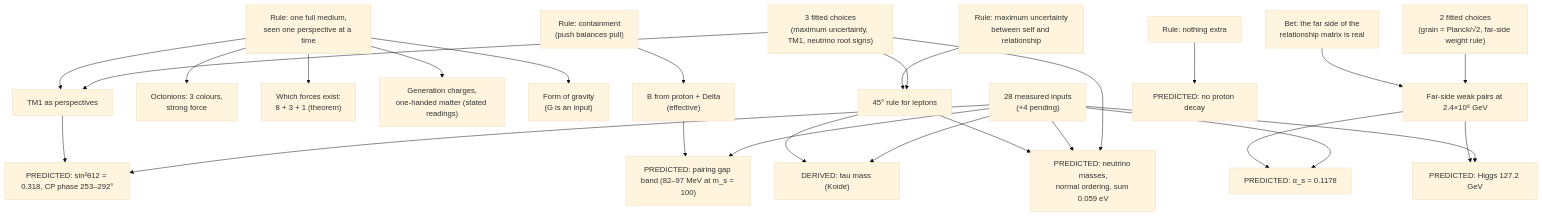
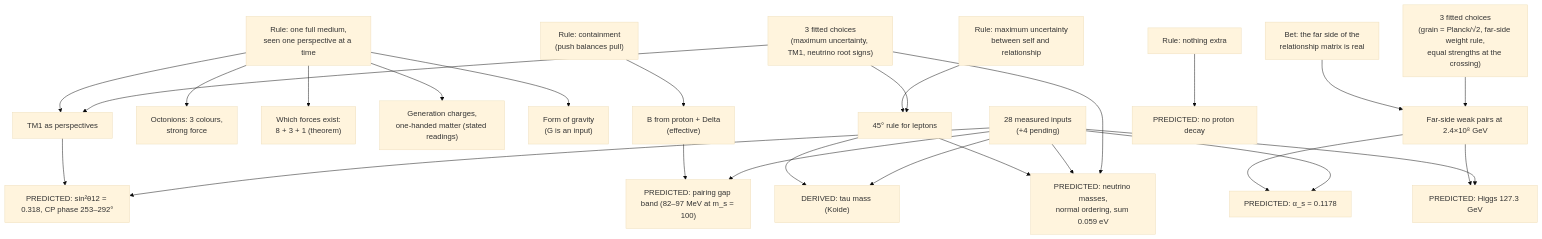
The diagram in docs/ledger/TRPG_Ledger.md (NubbyNubkins/TRPG-Unified-Framework), drawn with Mermaid (base theme) before and after one commit. The commit also changed other lines of this file and 28 other files, not shown here.

````diff
--- a/docs/ledger/TRPG_Ledger.md
+++ b/docs/ledger/TRPG_Ledger.md
@@ -174,37 +174,37 @@
 ```mermaid
 flowchart TD
   R1["Rule: one full medium,<br/>seen one perspective at a time"]
   R2["Rule: containment<br/>(push balances pull)"]
   R3["Rule: maximum uncertainty<br/>between self and relationship"]
   R4["Rule: nothing extra"]
   BET["Bet: the far side of the<br/>relationship matrix is real"]
   IN["28 measured inputs<br/>(+4 pending)"]
-  FIT["2 fitted choices<br/>(grain = Planck/√2, far-side weight rule)"]
+  FIT["3 fitted choices<br/>(grain = Planck/√2, far-side weight rule,<br/>equal strengths at the crossing)"]
   FIT2["3 fitted choices<br/>(maximum uncertainty, TM1, neutrino root signs)"]
 
   R1 --> OCT["Octonions: 3 colours,<br/>strong force"]
   R1 --> FORCES["Which forces exist:<br/>8 + 3 + 1 (theorem)"]
   R1 --> GEN["Generation charges,<br/>one-handed matter (stated readings)"]
   R1 --> GRAV["Form of gravity<br/>(G is an input)"]
   R2 --> BAG["B from proton + Delta<br/>(effective)"]
   BAG --> GAP["PREDICTED: pairing gap band (82–97 MeV at m_s = 100)"]
   R3 --> K45["45° rule for leptons"]
   K45 --> TAU["DERIVED: tau mass (Koide)"]
   K45 --> NU["PREDICTED: neutrino masses,<br/>normal ordering, sum 0.059 eV"]
   R1 --> TM1["TM1 as perspectives"]
   TM1 --> DCP["PREDICTED: sin²θ12 = 0.318, CP phase 253–292°"]
   BET --> MMG["Far-side weak pairs at 2.4×10⁸ GeV"]
   FIT --> MMG
   MMG --> AS["PREDICTED: α_s = 0.1178"]
-  MMG --> MH["PREDICTED: Higgs 127.2 GeV"]
+  MMG --> MH["PREDICTED: Higgs 127.3 GeV"]
   R4 --> PD["PREDICTED: no proton decay"]
   IN --> TAU
   IN --> NU
   IN --> AS
   IN --> MH
   IN --> GAP
   IN --> DCP
   FIT2 --> K45
   FIT2 --> TM1
   FIT2 --> NU
 ```
````
